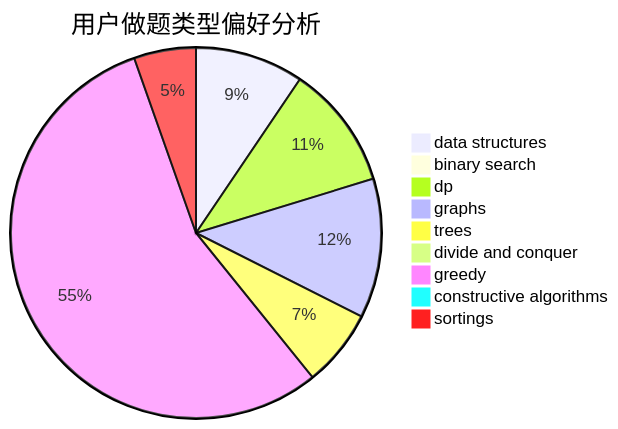
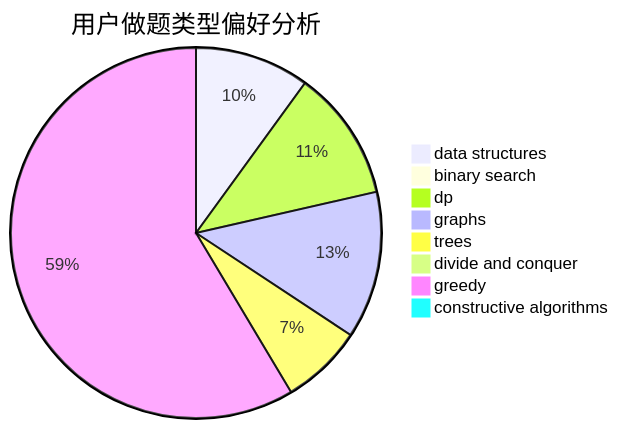
The second of 3 diagrams in docs/user/u1433.md (sherpahu/cfrs.github.io), drawn with Mermaid before and after one commit. The commit also changed other lines of this file and 2769 other files, not shown here.

````diff
--- a/docs/user/u1433.md
+++ b/docs/user/u1433.md
@@ -18,12 +18,11 @@
 ```mermaid
 pie title 用户做题类型偏好分析
     "data structures" :  7
     "binary search" :  0
     "dp" :  8
     "graphs" :  9
     "trees" :  5
     "divide and conquer" :  0
     "greedy" :  41
     "constructive algorithms" :  0
-    "sortings" :  4
 ```
````
